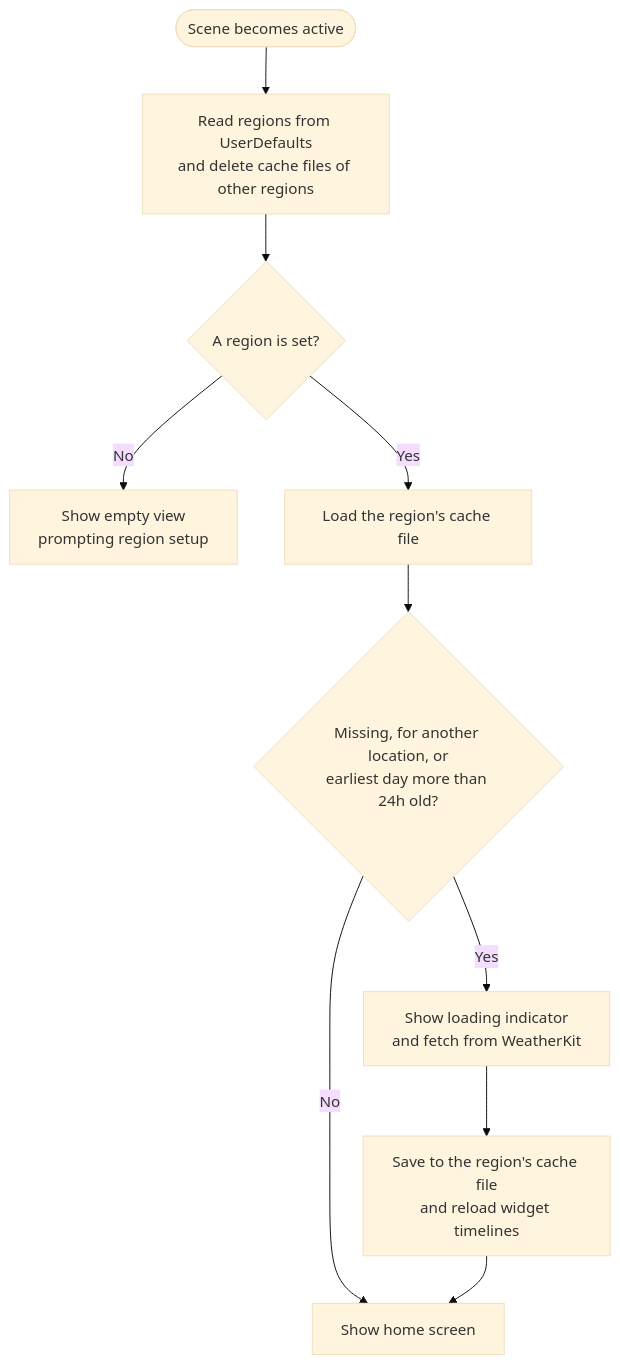
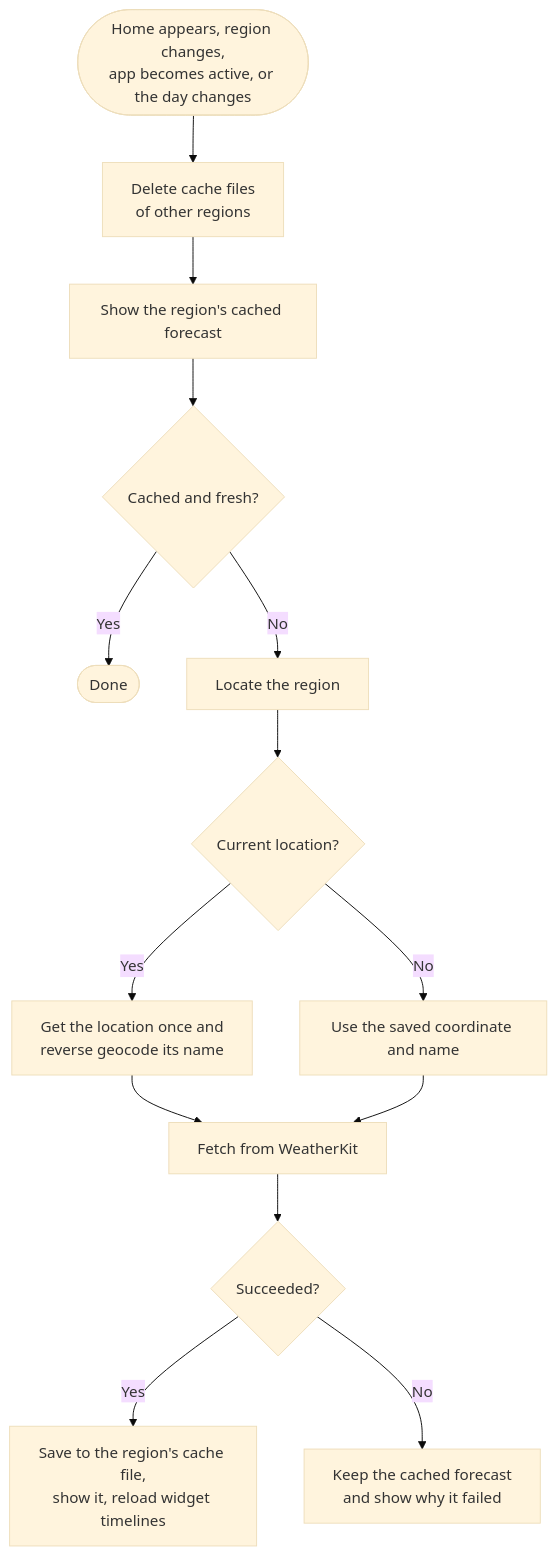
The first of 2 diagrams in docs/architecture/weather-fetch-flow.md (naipaka/NextSunnyDay-iOS), drawn with Mermaid (base theme) before and after one commit. The commit also changed other lines of this file and 3 other files, not shown here.

````diff
--- a/docs/architecture/weather-fetch-flow.md
+++ b/docs/architecture/weather-fetch-flow.md
@@ -23,12 +26,16 @@
 ```mermaid
 flowchart TD
-    A([Scene becomes active]) --> B[Read regions from UserDefaults<br/>and delete cache files of other regions]
-    B --> C{A region is set?}
-    C -- No --> D[Show empty view<br/>prompting region setup]
-    C -- Yes --> E[Load the region's cache file]
-    E --> F{Missing, for another location, or<br/>earliest day more than 24h old?}
-    F -- No --> H[Show home screen]
-    F -- Yes --> G[Show loading indicator<br/>and fetch from WeatherKit]
-    G --> G2[Save to the region's cache file<br/>and reload widget timelines]
-    G2 --> H
+    A([Home appears, region changes,<br/>app becomes active, or the day changes]) --> B[Delete cache files<br/>of other regions]
+    B --> C[Show the region's cached forecast]
+    C --> D{Cached and fresh?}
+    D -- Yes --> E([Done])
+    D -- No --> F[Locate the region]
+    F --> G{Current location?}
+    G -- No --> I[Use the saved coordinate and name]
+    G -- Yes --> H[Get the location once and<br/>reverse geocode its name]
+    H --> J[Fetch from WeatherKit]
+    I --> J
+    J --> K{Succeeded?}
+    K -- Yes --> L[Save to the region's cache file,<br/>show it, reload widget timelines]
+    K -- No --> M[Keep the cached forecast<br/>and show why it failed]
 ```
````
